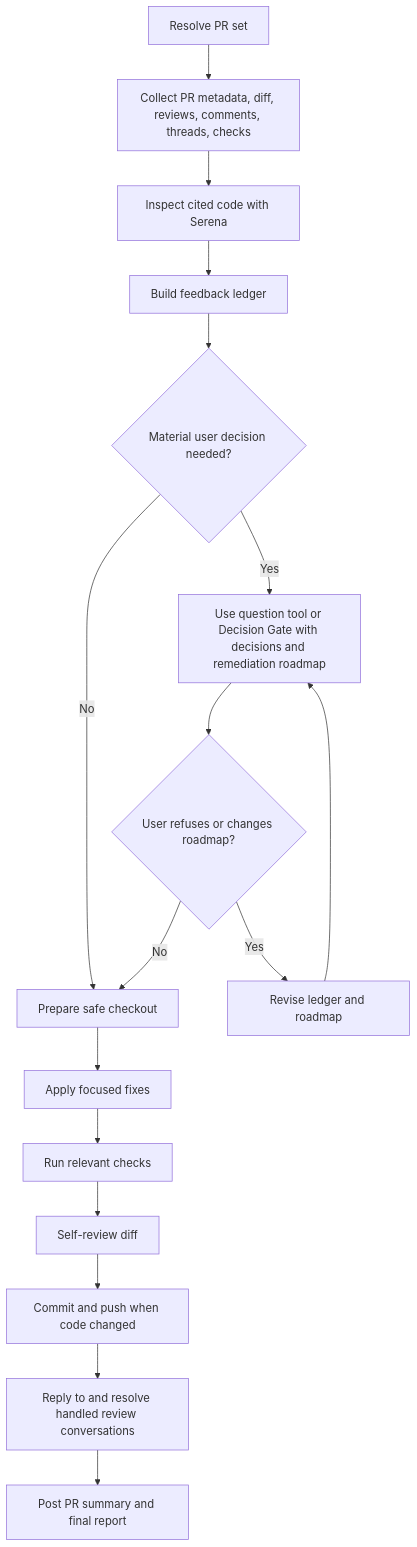
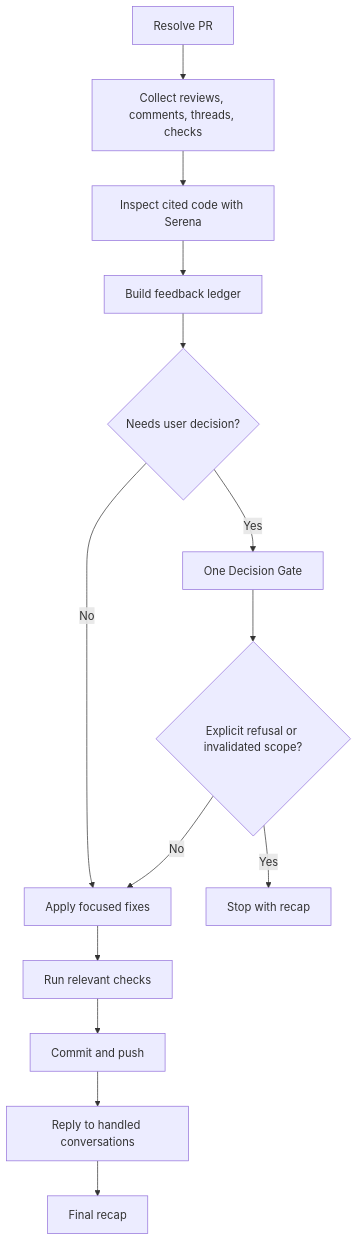
One commit to mvagnon/plan-based-agentic-workflow changed the diagram in skills/fix-pr/SKILL.md. Above: the diagram before and after it, drawn with Mermaid. The commit also changed other lines of this file and 25 other files, not shown here.

````diff
--- a/skills/fix-pr/SKILL.md
+++ b/skills/fix-pr/SKILL.md
@@ -62,19 +20,16 @@
 ```mermaid
 flowchart TD
-  A[Resolve PR set] --> B[Collect PR metadata, diff, reviews, comments, threads, checks]
+  A[Resolve PR] --> B[Collect reviews, comments, threads, checks]
   B --> C[Inspect cited code with Serena]
   C --> D[Build feedback ledger]
-  D --> E{Material user decision needed?}
-  E -->|No| F[Prepare safe checkout]
-  E -->|Yes| G[Use question tool or Decision Gate with decisions and remediation roadmap]
-  G --> H{User refuses or changes roadmap?}
+  D --> E{Needs user decision?}
+  E -->|No| F[Apply focused fixes]
+  E -->|Yes| G[One Decision Gate]
+  G --> H{Explicit refusal or invalidated scope?}
+  H -->|Yes| I[Stop with recap]
   H -->|No| F
-  H -->|Yes| I[Revise ledger and roadmap]
-  I --> G
-  F --> J[Apply focused fixes]
-  J --> K[Run relevant checks]
-  K --> L[Self-review diff]
-  L --> M[Commit and push when code changed]
-  M --> N[Reply to and resolve handled review conversations]
-  N --> O[Post PR summary and final report]
+  F --> J[Run relevant checks]
+  J --> K[Commit and push]
+  K --> L[Reply to handled conversations]
+  L --> M[Final recap]
 ```
````
